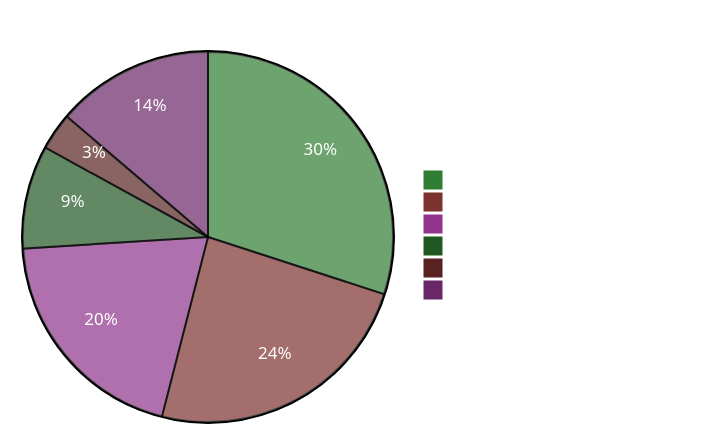
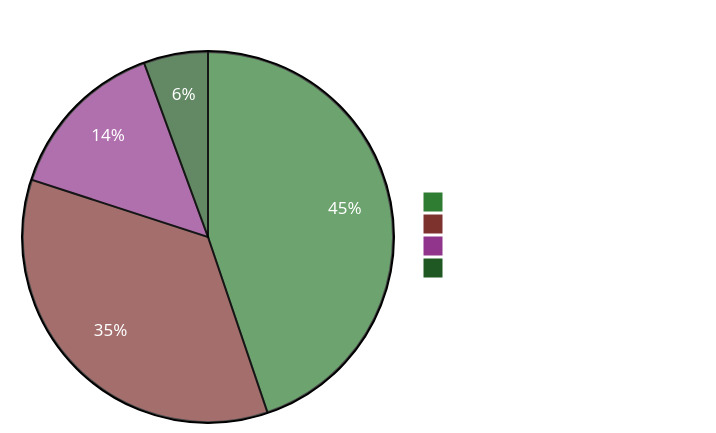
Before and after one commit to hermitex/riab: the seventh of 7 diagrams in proposal/REAL-University-Platform-Proposal.md, drawn with Mermaid. The commit also changed other lines of this file, not shown here.

````diff
--- a/proposal/REAL-University-Platform-Proposal.md
+++ b/proposal/REAL-University-Platform-Proposal.md
@@ -269,10 +265,8 @@
 ```mermaid
 %%{init: {'theme': 'base', 'themeVariables': { 'primaryColor': '#2E7D32', 'primaryTextColor': '#fff', 'lineColor': '#F9A825'}}}%%
-pie title MVP Investment — KSh 2,000,000
-    "Backend Lead / Architect (30%)" : 600000
-    "Frontend Developer (24%)" : 480000
-    "Client Liaison / QA (20%)" : 400000
-    "UI/UX Designer (9%)" : 180000
-    "Infrastructure & Tools (3%)" : 65000
-    "Contingency (14%)" : 275000
+pie title MVP Investment — KSh 1,250,000
+    "Backend Lead / Architect (44.8%)" : 560000
+    "Frontend Developer (35.2%)" : 440000
+    "UI/UX Designer (14.4%)" : 180000
+    "Infrastructure & Tools (5.6%)" : 70000
 ```
````
